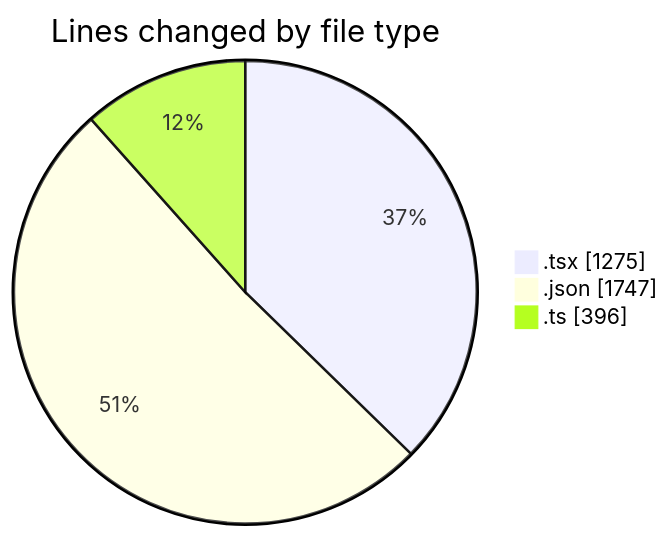
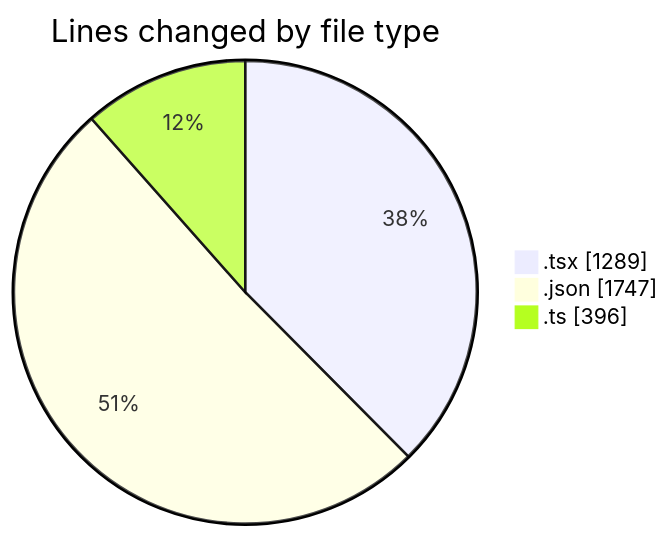
Before and after one commit to julien-gomy/code-tracking: the first of 2 diagrams in 2025-10-30/eventscop-frontend-guide__workspace_/README.md, drawn with Mermaid. The commit also changed other lines of this file and 1 other file, not shown here.

````diff
--- a/2025-10-30/eventscop-frontend-guide__workspace_/README.md
+++ b/2025-10-30/eventscop-frontend-guide__workspace_/README.md
@@ -31,7 +31,7 @@
 ```mermaid
 pie showData
 title Lines changed by file type
-".tsx" : 1275
+".tsx" : 1289
 ".json" : 1747
 ".ts" : 396
 ```
````
